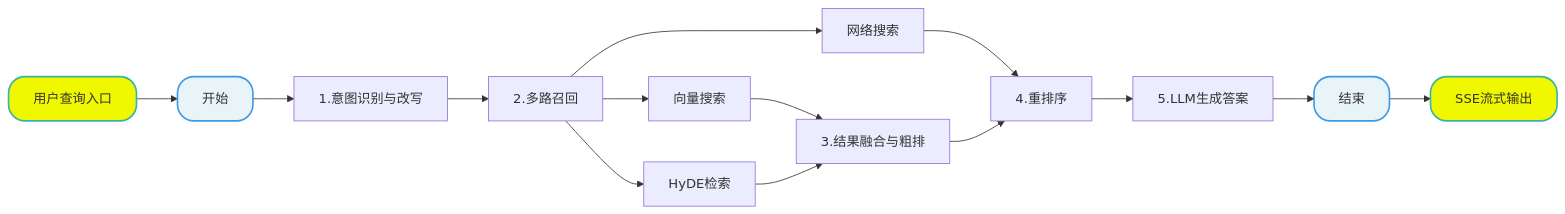
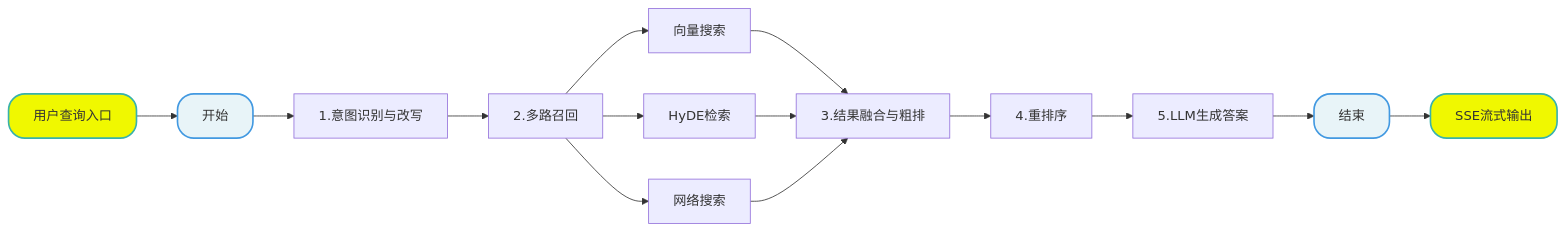
The second of 3 diagrams in 笔记/01【掌柜智库】项目简介.md (LZX842056112/sgg_KB_RAG), drawn with Mermaid before and after one commit. The commit also changed other lines of this file and 13 other files, not shown here.

````diff
--- a/笔记/01【掌柜智库】项目简介.md
+++ b/笔记/01【掌柜智库】项目简介.md
@@ -95,24 +95,24 @@
 ```mermaid
 flowchart LR
     
     A[用户查询入口] --> STAR[开始]
     STAR --> B[1.意图识别与改写]
     B --> C[2.多路召回]
     C --> D[向量搜索]
     C --> E[HyDE检索]
     C --> F[网络搜索]
     D --> G[3.结果融合与粗排]
     E --> G
-    F --> H
+    F --> G
     G --> H[4.重排序]
     H --> I[5.LLM生成答案]
     I --> END[结束]
     END --> J[SSE流式输出]
     
     
     %% 核心样式设置：圆角 + 配色区分
     style STAR fill:#e8f4f8,stroke:#4299e1,stroke-width:2px,rx:20,ry:20
     style END fill:#e8f4f8,stroke:#4299e1,stroke-width:2px,rx:20,ry:20
     style A fill:#f0f800,stroke:#38b2ac,stroke-width:2px,rx:20,ry:20
     style J fill:#f0f800,stroke:#38b2ac,stroke-width:2px,rx:20,ry:20
 ```
````
